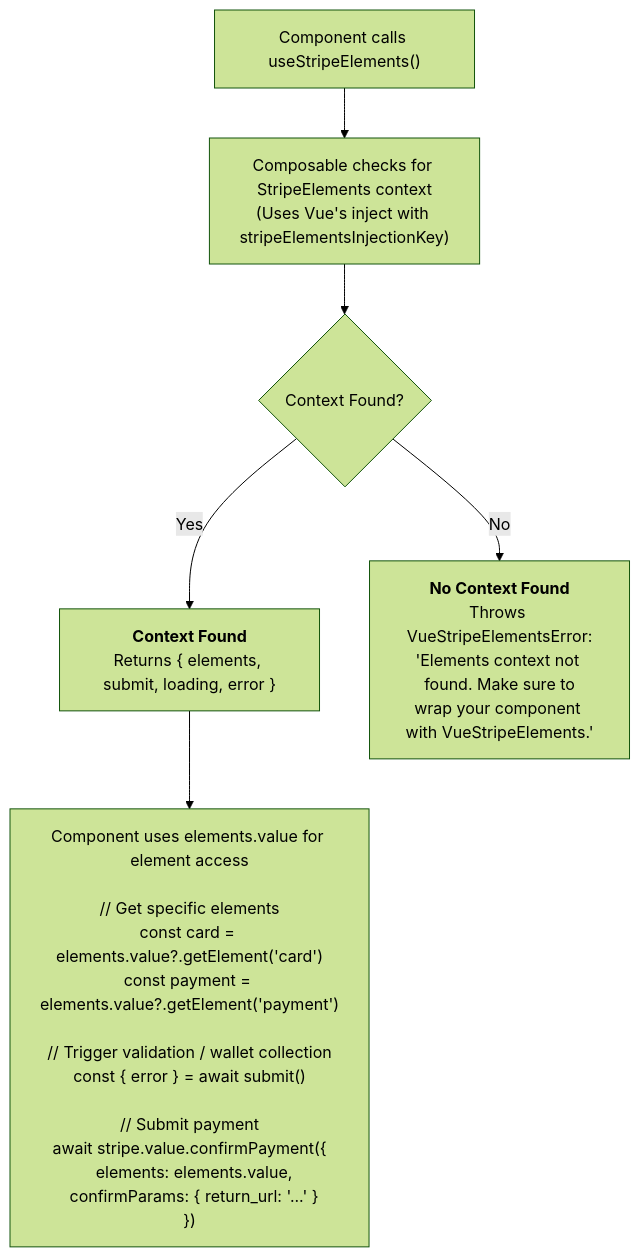
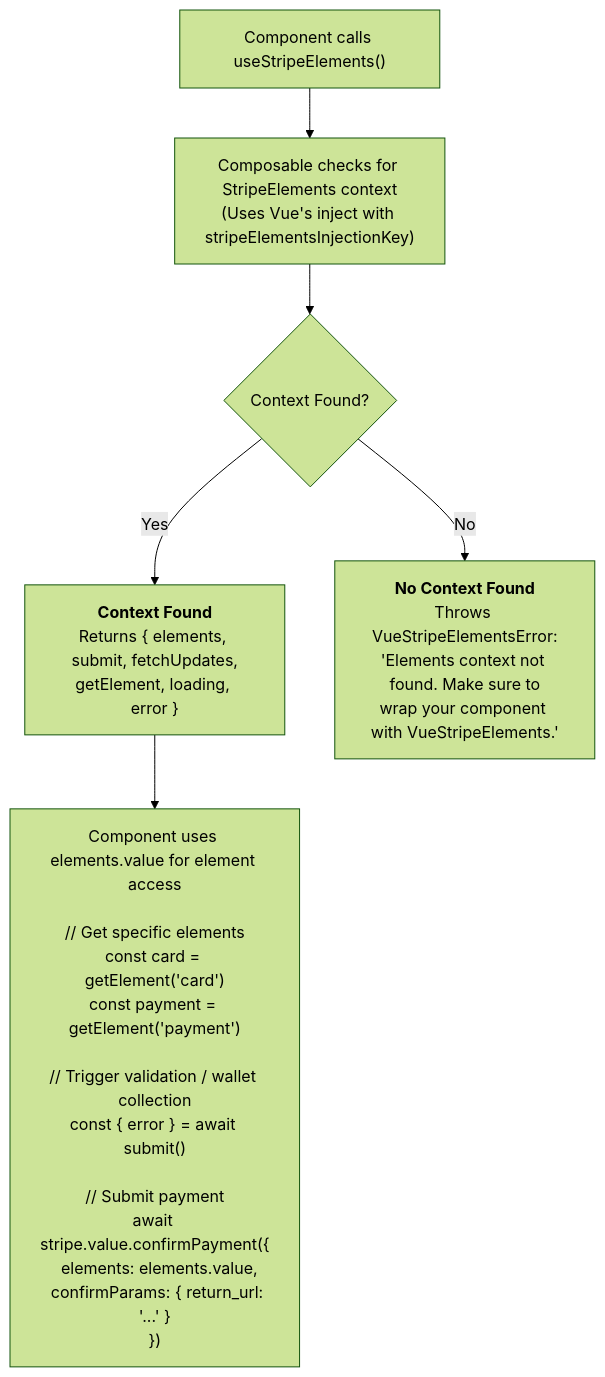
One commit to vue-stripe/vue-stripe changed the diagram in apps/docs/api/composables/use-stripe-elements.md. Above: the diagram before and after it, drawn with Mermaid (forest theme). The commit also changed other lines of this file and 13 other files, not shown here.

First line of the commit message:
feat: useStripeElements().getElement() and VueStripeElements @update-end

````diff
--- a/apps/docs/api/composables/use-stripe-elements.md
+++ b/apps/docs/api/composables/use-stripe-elements.md
@@ -20,8 +20,8 @@
 ```mermaid
 flowchart TD
     A["Component calls useStripeElements()"] --> B["Composable checks for StripeElements context<br/>(Uses Vue's inject with stripeElementsInjectionKey)"]
     B --> C{Context Found?}
-    C -->|Yes| D["<b>Context Found</b><br/>Returns { elements, submit, loading, error }"]
+    C -->|Yes| D["<b>Context Found</b><br/>Returns { elements, submit, fetchUpdates,<br/>getElement, loading, error }"]
     C -->|No| E["<b>No Context Found</b><br/>Throws VueStripeElementsError:<br/>'Elements context not found. Make sure to<br/>wrap your component with VueStripeElements.'"]
-    D --> F["Component uses elements.value for element access<br/><br/>// Get specific elements<br/>const card = elements.value?.getElement('card')<br/>const payment = elements.value?.getElement('payment')<br/><br/>// Trigger validation / wallet collection<br/>const { error } = await submit()<br/><br/>// Submit payment<br/>await stripe.value.confirmPayment({<br/>  elements: elements.value,<br/>  confirmParams: { return_url: '...' }<br/>})"]
+    D --> F["Component uses elements.value for element access<br/><br/>// Get specific elements<br/>const card = getElement('card')<br/>const payment = getElement('payment')<br/><br/>// Trigger validation / wallet collection<br/>const { error } = await submit()<br/><br/>// Submit payment<br/>await stripe.value.confirmPayment({<br/>  elements: elements.value,<br/>  confirmParams: { return_url: '...' }<br/>})"]
 ```
````
